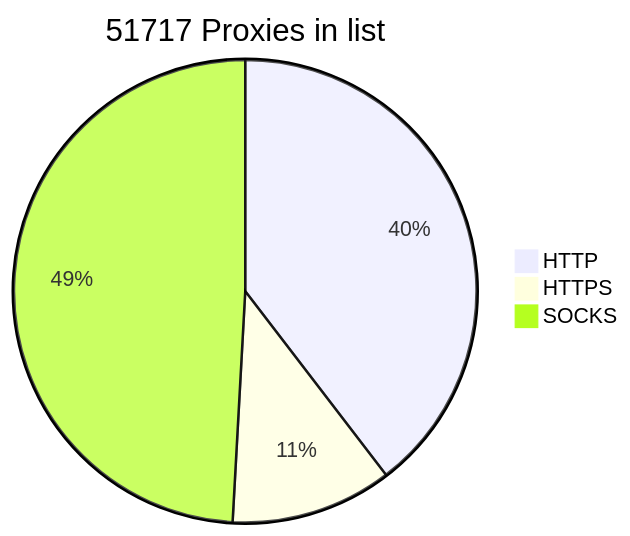
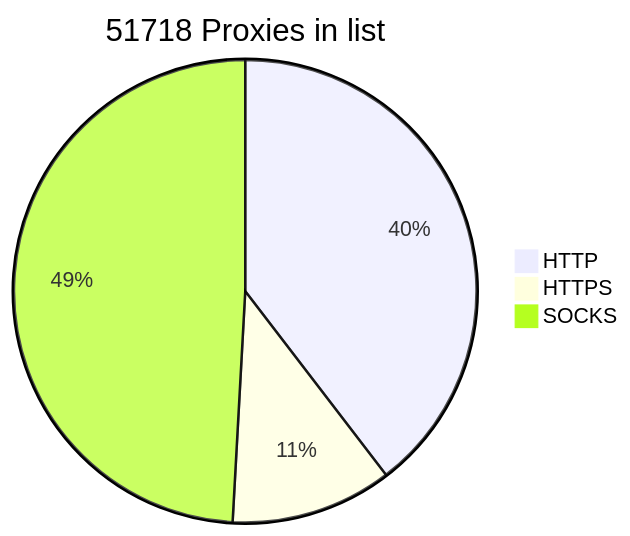
The diagram in README.md (BlackSnowDot/proxylist-update-every-minute), drawn with Mermaid before and after one commit.

````diff
--- a/README.md
+++ b/README.md
@@ -2,6 +2,6 @@
 ```mermaid
-pie title 51717 Proxies in list
+pie title 51718 Proxies in list
     "HTTP" : 22749
     "HTTPS": 6482
-    "SOCKS" : 28229
+    "SOCKS" : 28230
 ```
````
